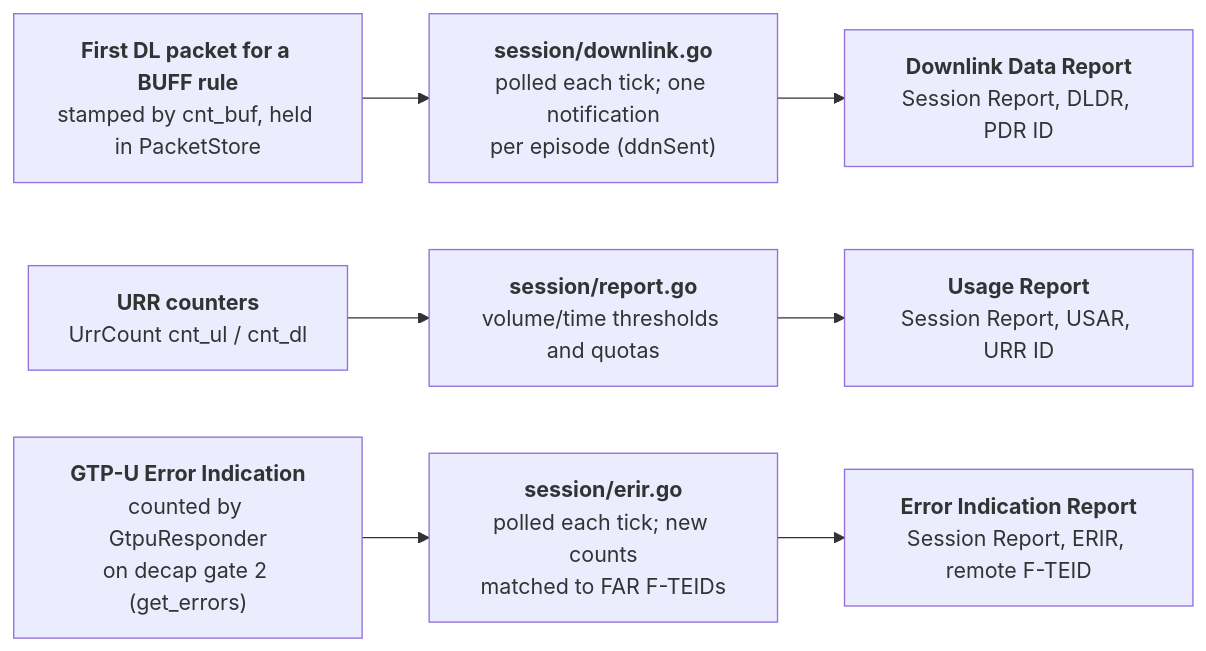
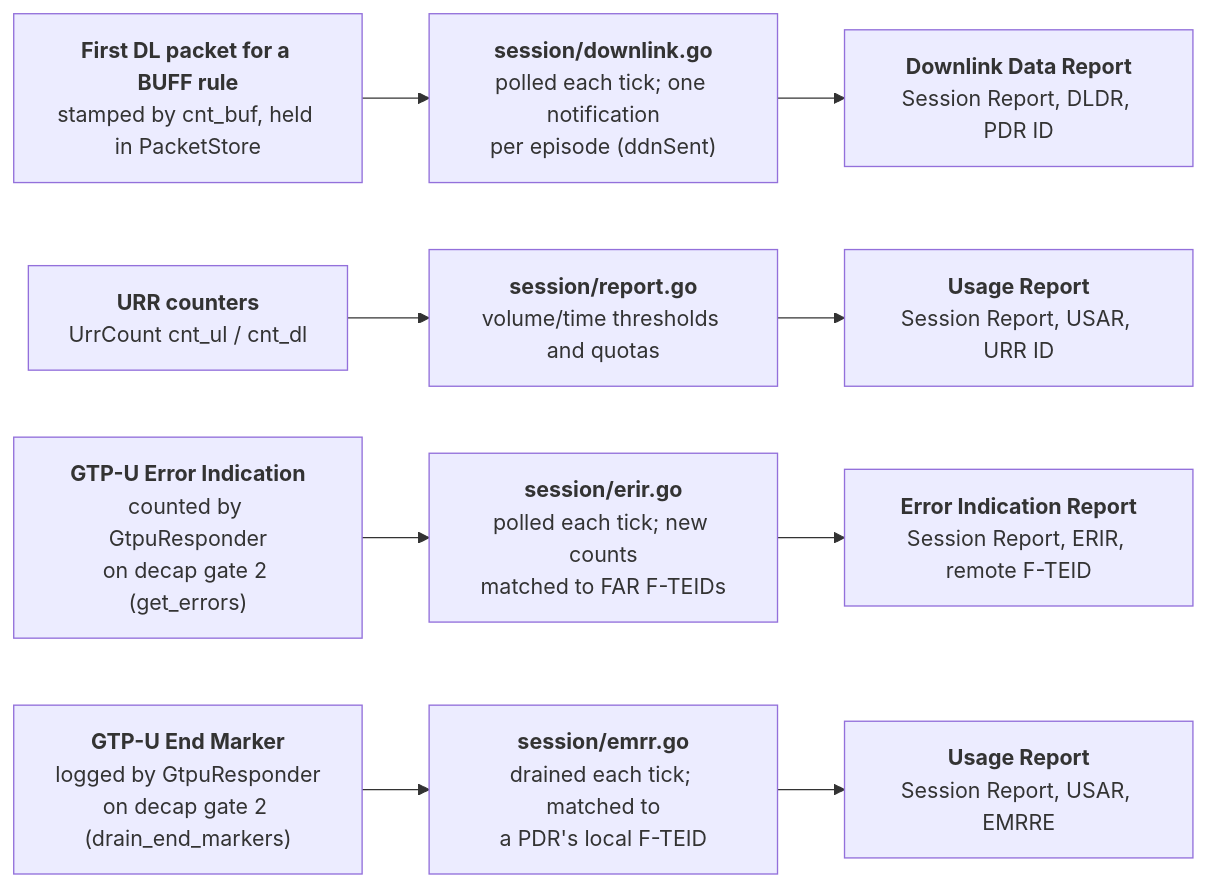
Before and after one commit to krsna1729/upf: the second of 5 diagrams in docs/design.md, drawn with Mermaid. The commit also changed other lines of this file and 20 other files, not shown here.

First line of the commit message:
End Marker Reception Report: REEMR URRs report EMRRE

````diff
--- a/docs/design.md
+++ b/docs/design.md
@@ -68,6 +69,7 @@
 ```mermaid
 flowchart LR
     E1["<b>First DL packet for a BUFF rule</b><br/>stamped by cnt_buf, held in PacketStore"] --> C1["<b>session/downlink.go</b><br/>polled each tick; one notification<br/>per episode (ddnSent)"] --> M1["<b>Downlink Data Report</b><br/>Session Report, DLDR, PDR ID"]
     E2["<b>URR counters</b><br/>UrrCount cnt_ul / cnt_dl"] --> C2["<b>session/report.go</b><br/>volume/time thresholds and quotas"] --> M2["<b>Usage Report</b><br/>Session Report, USAR, URR ID"]
     E3["<b>GTP-U Error Indication</b><br/>counted by GtpuResponder<br/>on decap gate 2 (get_errors)"] --> C3["<b>session/erir.go</b><br/>polled each tick; new counts<br/>matched to FAR F-TEIDs"] --> M3["<b>Error Indication Report</b><br/>Session Report, ERIR, remote F-TEID"]
+    E4["<b>GTP-U End Marker</b><br/>logged by GtpuResponder<br/>on decap gate 2 (drain_end_markers)"] --> C4["<b>session/emrr.go</b><br/>drained each tick; matched to<br/>a PDR's local F-TEID"] --> M4["<b>Usage Report</b><br/>Session Report, USAR, EMRRE"]
 ```
````
